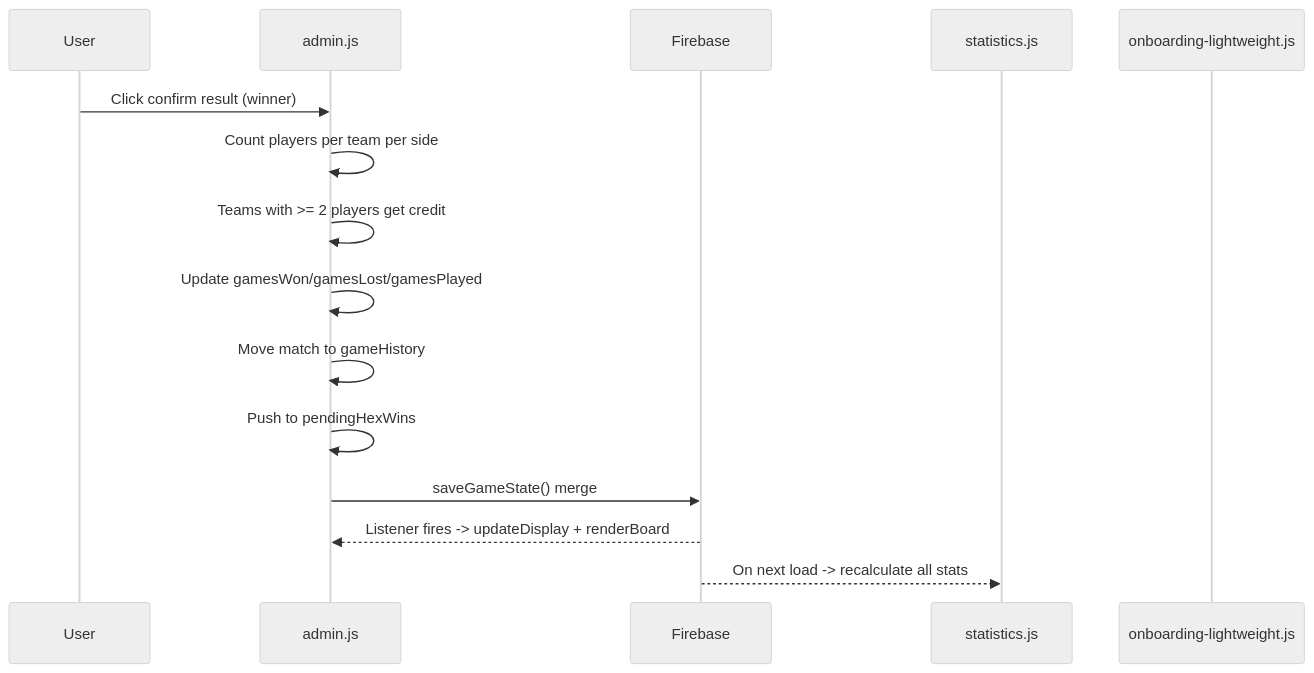
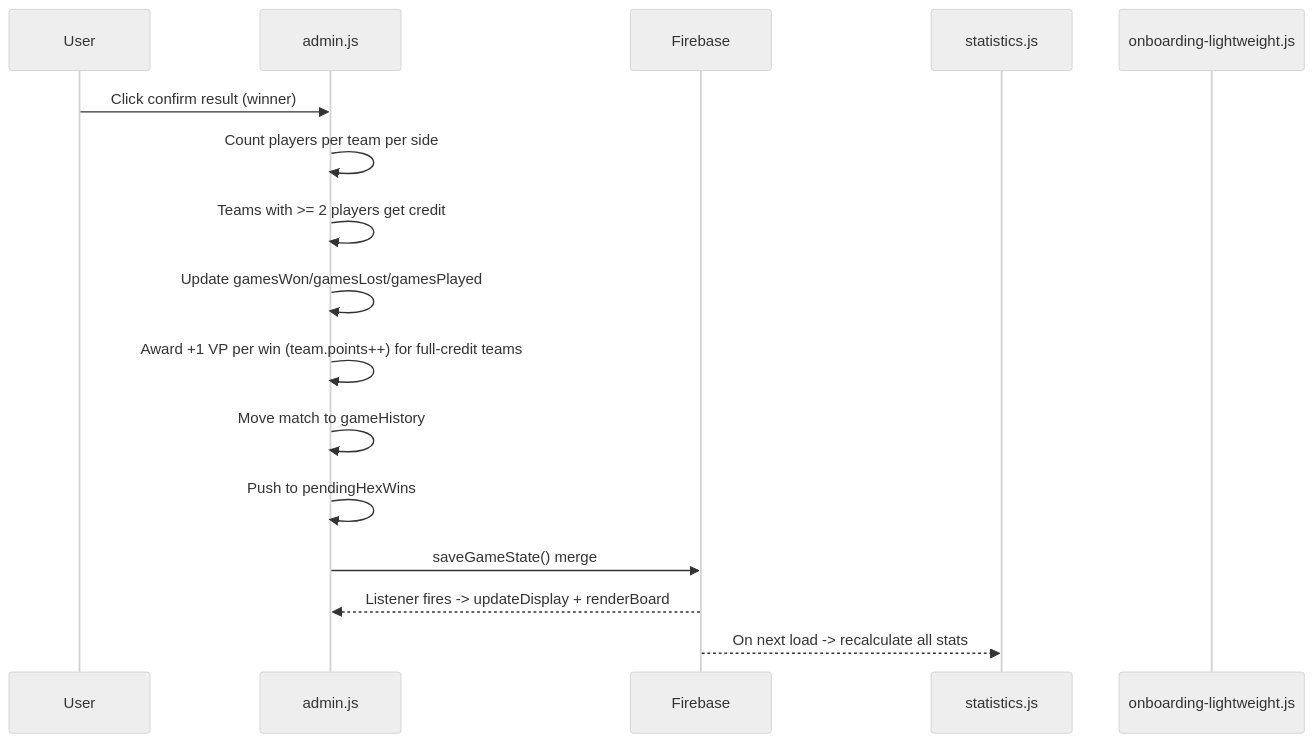
Before and after one commit to LNiitlahti/BoardGame: the second of 5 diagrams in BoardGame/docs/architecture/cross-system.md, drawn with Mermaid (neutral theme). The commit also changed other lines of this file and 63 other files, not shown here.

First line of the commit message:
Remove SPA module system, add phase manager v2 with new round flow, season manager, full admin page, and rewrite profile/home/team pages

````diff
--- a/BoardGame/docs/architecture/cross-system.md
+++ b/BoardGame/docs/architecture/cross-system.md
@@ -39,18 +39,19 @@
 ```mermaid
 sequenceDiagram
     participant User
     participant Admin as admin.js
     participant FB as Firebase
     participant Stats as statistics.js
     participant OB as onboarding-lightweight.js
 
     User->>Admin: Click confirm result (winner)
     Admin->>Admin: Count players per team per side
     Admin->>Admin: Teams with >= 2 players get credit
     Admin->>Admin: Update gamesWon/gamesLost/gamesPlayed
+    Admin->>Admin: Award +1 VP per win (team.points++) for full-credit teams
     Admin->>Admin: Move match to gameHistory
     Admin->>Admin: Push to pendingHexWins
     Admin->>FB: saveGameState() merge
     FB-->>Admin: Listener fires -> updateDisplay + renderBoard
     FB-->>Stats: On next load -> recalculate all stats
 ```
````
